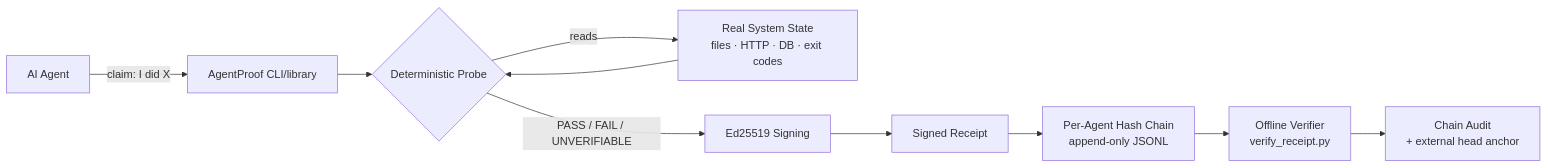
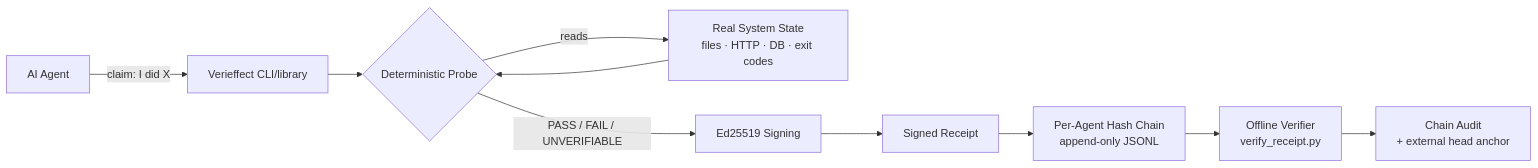
One commit to bfeng1122/verieffect changed the diagram in README.md. Above: the diagram before and after it, drawn with Mermaid. The commit also changed other lines of this file and 17 other files, not shown here.

````diff
--- a/README.md
+++ b/README.md
@@ -92,12 +151,12 @@
 ```mermaid
 flowchart LR
-    A[AI Agent] -->|"claim: I did X"| B[AgentProof CLI/library]
+    A[AI Agent] -->|"claim: I did X"| B[Verieffect CLI/library]
     B --> C{Deterministic Probe}
     C -->|reads| D[Real System State<br/>files · HTTP · DB · exit codes]
     D --> C
     C -->|PASS / FAIL / UNVERIFIABLE| E[Ed25519 Signing]
     E --> F[Signed Receipt]
     F --> G[Per-Agent Hash Chain<br/>append-only JSONL]
     G --> H[Offline Verifier<br/>verify_receipt.py]
     H --> I[Chain Audit<br/>+ external head anchor]
 ```
````
